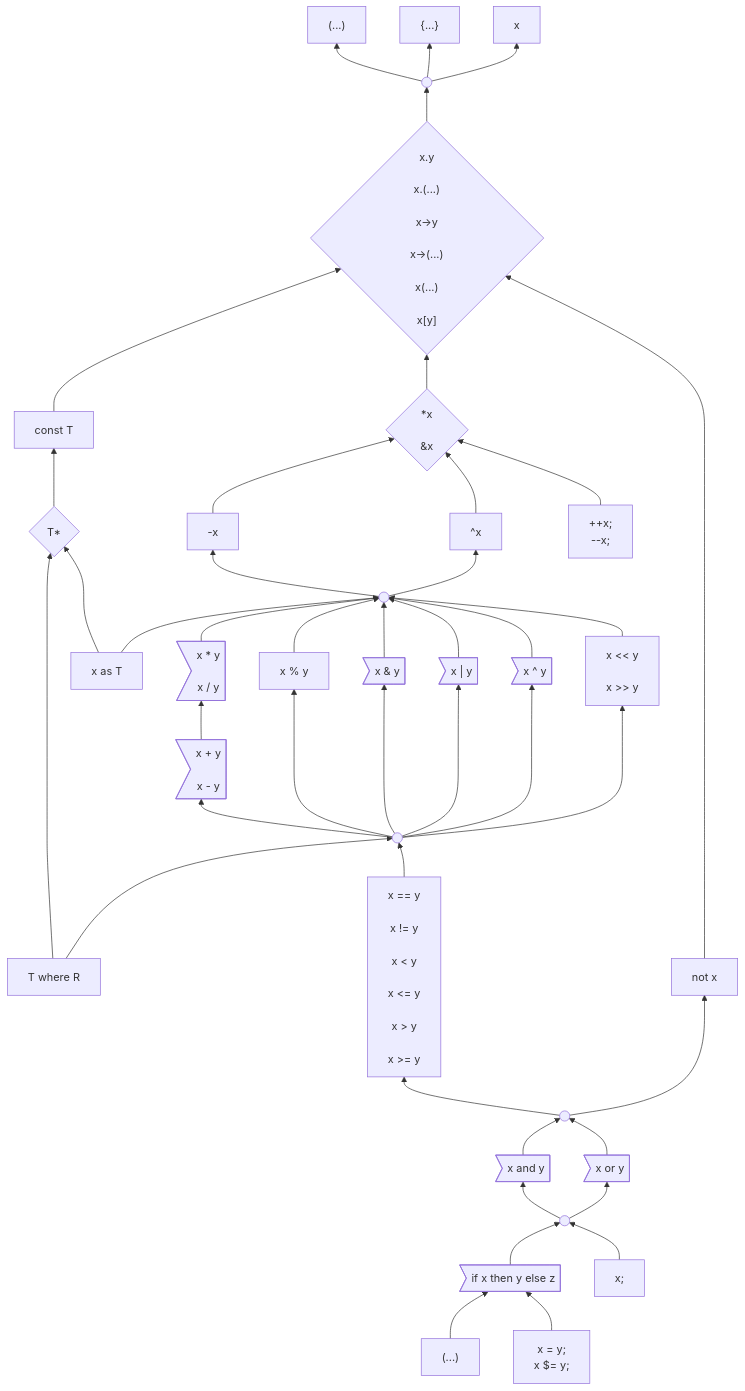
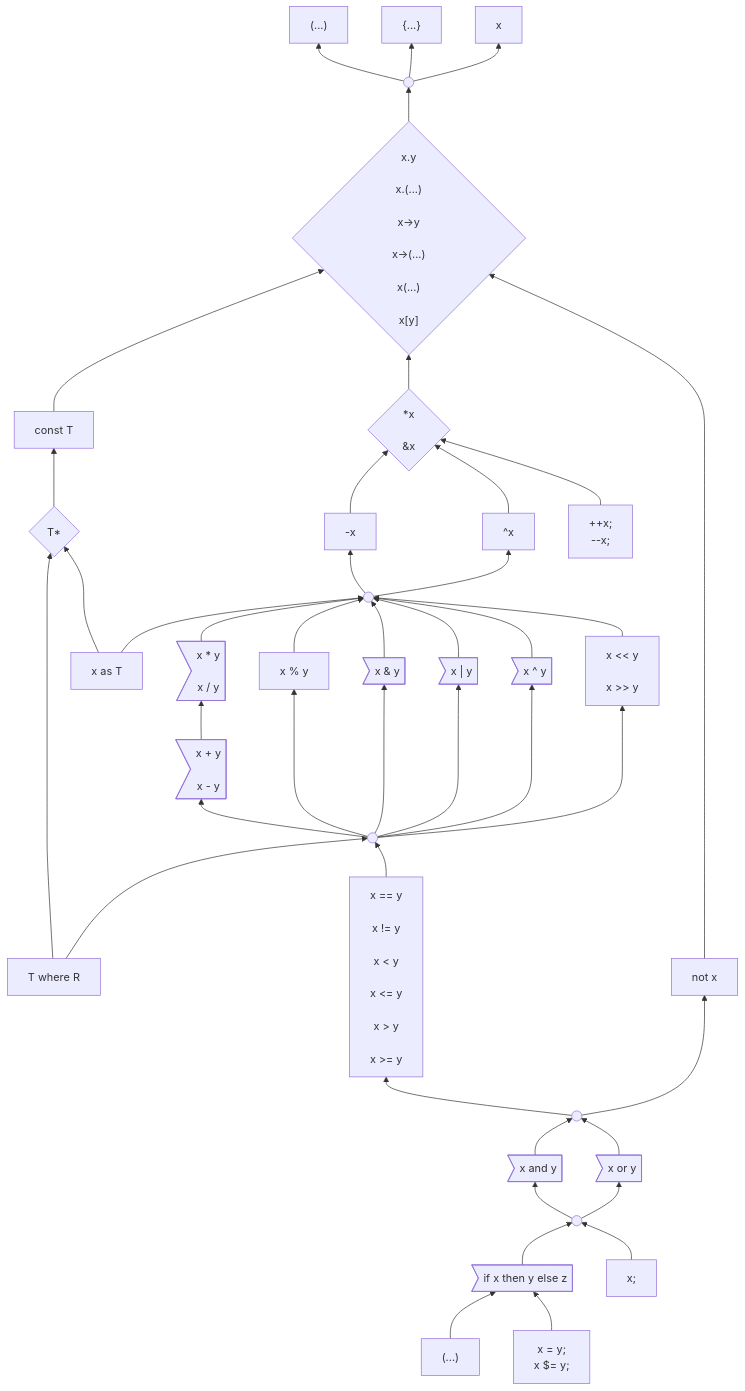
The first of 3 diagrams in docs/design/expressions/README.md (carbon-language/carbon-lang), drawn with Mermaid before and after one commit.

Commit message:
Checkpoint progress.

```diff
--- a/docs/design/expressions/README.md
+++ b/docs/design/expressions/README.md
@@ -163,6 +163,7 @@
     as --> pointerType
 
     pointer --> suffixOps
+    unary ~~~~ pointer
     negation & complement & incDec --> pointer
     unary --> negation & complement
     %% Use a longer arrow here to put `not` next to `and` and `or`.
```
